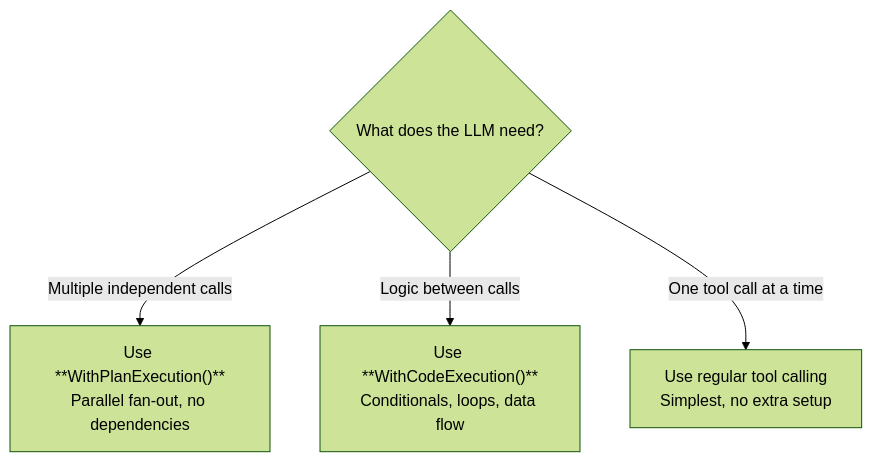
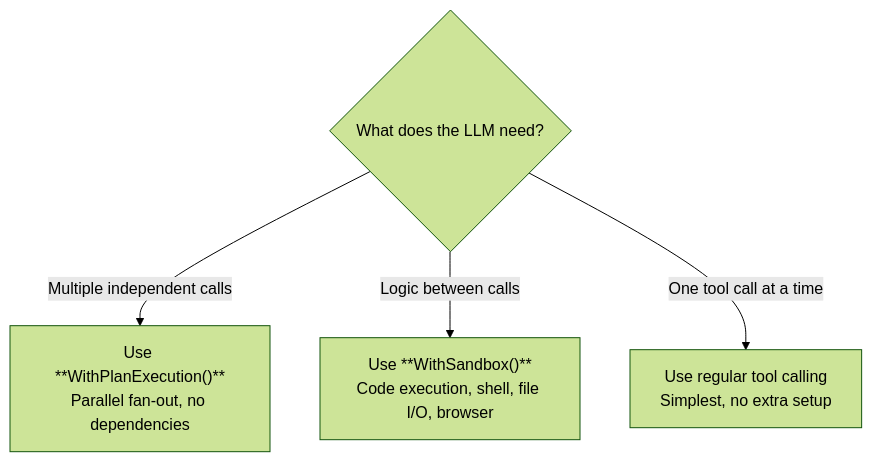
The second of 2 diagrams in docs/concepts/code-execution.md (nevindra/oasis), drawn with Mermaid (forest theme) before and after one commit. The commit also changed other lines of this file and 59 other files, not shown here.

````diff
--- a/docs/concepts/code-execution.md
+++ b/docs/concepts/code-execution.md
@@ -80,7 +127,7 @@
 ```mermaid
 flowchart TD
     Q{What does the LLM need?}
     Q -->|"Multiple independent calls"| PLAN["Use **WithPlanExecution()**<br/>Parallel fan-out, no dependencies"]
-    Q -->|"Logic between calls"| CODE["Use **WithCodeExecution()**<br/>Conditionals, loops, data flow"]
+    Q -->|"Logic between calls"| CODE["Use **WithSandbox()**<br/>Code execution, shell, file I/O, browser"]
     Q -->|"One tool call at a time"| DIRECT["Use regular tool calling<br/>Simplest, no extra setup"]
 ```
````
